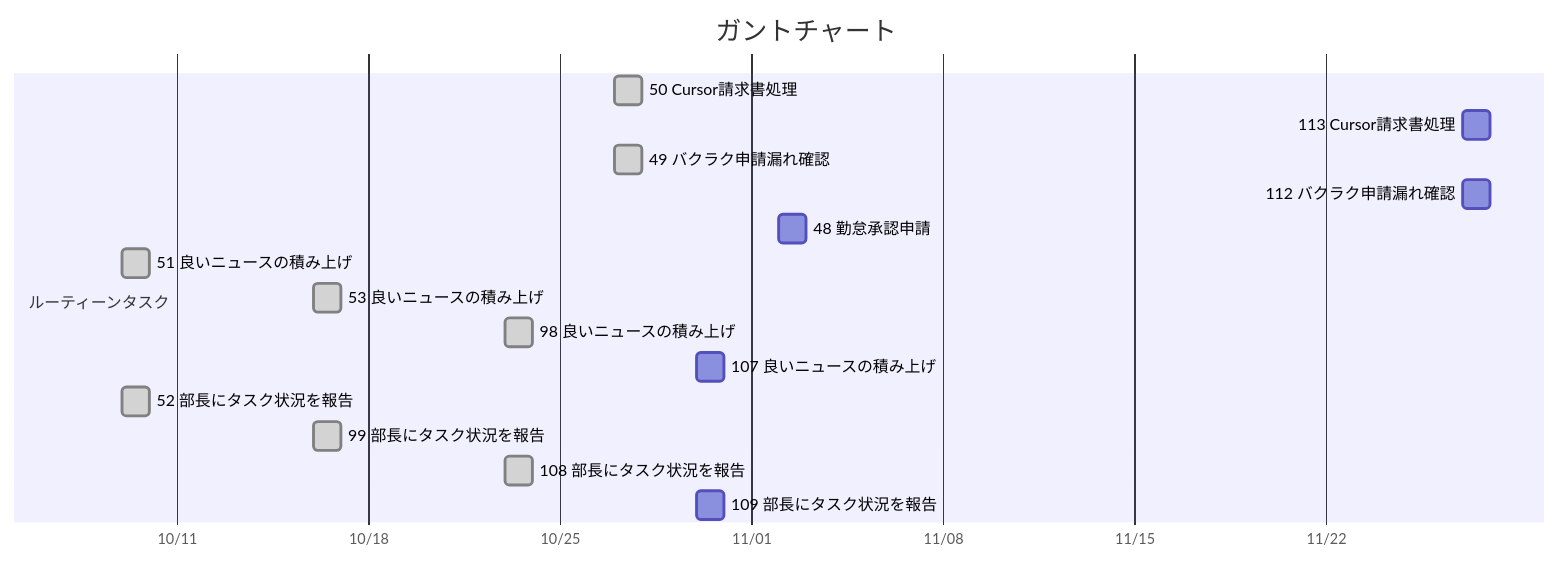
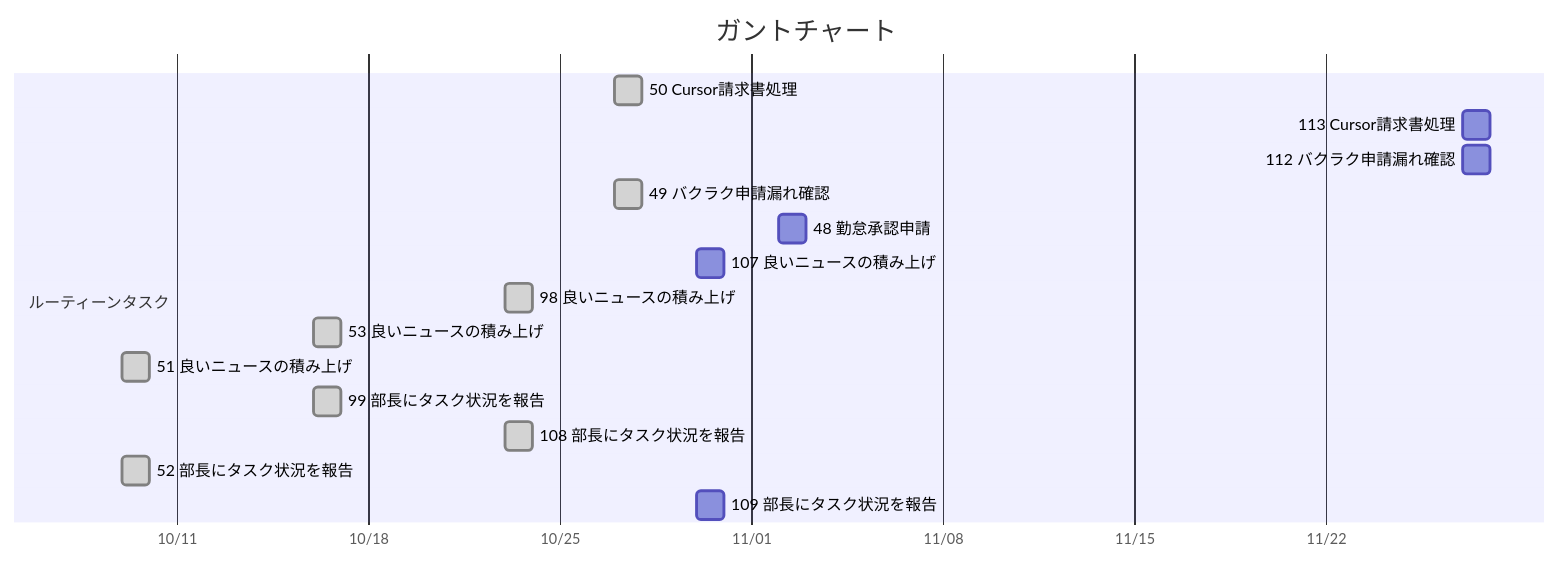
One commit to FLNYoshidaRyuta/task_management changed the diagram in tasks/ガントチャート.md. Above: the diagram before and after it, drawn with Mermaid. The commit also changed 1 other file, not shown here.

Commit message:
タスク97を完了: 設計ドメイン隣接領域関係の修正（吉田さん担当分）

````diff
--- a/tasks/ガントチャート.md
+++ b/tasks/ガントチャート.md
@@ -3,21 +3,21 @@
 ```mermaid
 %%{init: {'themeCSS': 'rect[id*=rel] { fill: #c2410c !important; stroke: #9a3412 !important; }'}}%%
 gantt
     title ガントチャート
     dateFormat YYYY-MM-DD
     axisFormat %m/%d
     section ルーティーンタスク
     50 Cursor請求書処理 :done, t1, 2026-10-27, 1d
     113 Cursor請求書処理 :t2, 2026-11-27, 1d
-    49 バクラク申請漏れ確認 :done, t3, 2026-10-27, 1d
-    112 バクラク申請漏れ確認 :t4, 2026-11-27, 1d
+    112 バクラク申請漏れ確認 :t3, 2026-11-27, 1d
+    49 バクラク申請漏れ確認 :done, t4, 2026-10-27, 1d
     48 勤怠承認申請 :t5, 2026-11-02, 1d
-    51 良いニュースの積み上げ :done, t6, 2026-10-09, 1d
-    53 良いニュースの積み上げ :done, t7, 2026-10-16, 1d
-    98 良いニュースの積み上げ :done, t8, 2026-10-23, 1d
-    107 良いニュースの積み上げ :t9, 2026-10-30, 1d
-    52 部長にタスク状況を報告 :done, t10, 2026-10-09, 1d
-    99 部長にタスク状況を報告 :done, t11, 2026-10-16, 1d
-    108 部長にタスク状況を報告 :done, t12, 2026-10-23, 1d
+    107 良いニュースの積み上げ :t6, 2026-10-30, 1d
+    98 良いニュースの積み上げ :done, t7, 2026-10-23, 1d
+    53 良いニュースの積み上げ :done, t8, 2026-10-16, 1d
+    51 良いニュースの積み上げ :done, t9, 2026-10-09, 1d
+    99 部長にタスク状況を報告 :done, t10, 2026-10-16, 1d
+    108 部長にタスク状況を報告 :done, t11, 2026-10-23, 1d
+    52 部長にタスク状況を報告 :done, t12, 2026-10-09, 1d
     109 部長にタスク状況を報告 :t13, 2026-10-30, 1d
 ```
````
